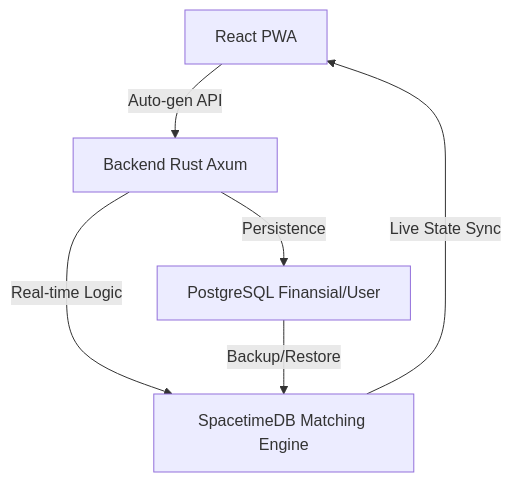
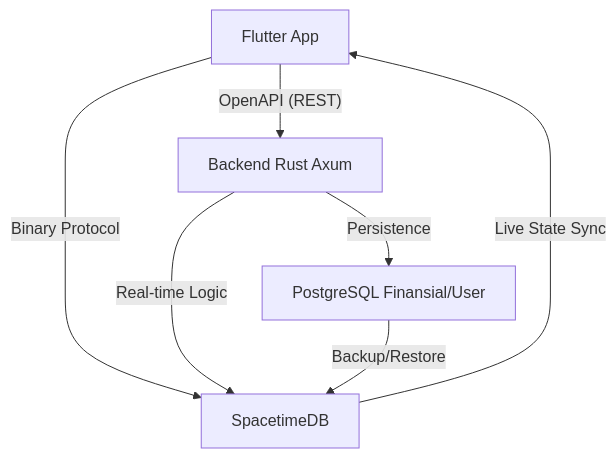
The diagram in readme.md (siapaja-id/SiapAja), drawn with Mermaid before and after one commit. The commit also changed other lines of this file and 3 other files, not shown here.

First line of the commit message:
docs: migrate from React to Flutter

````diff
--- a/readme.md
+++ b/readme.md
@@ -105,8 +105,9 @@
 ```mermaid
 graph TD
-    User[React PWA] -- Auto-gen API --> Axum[Backend Rust Axum]
+    User[Flutter App] -- OpenAPI (REST) --> Axum[Backend Rust Axum]
+    User -- Binary Protocol --> STDB[SpacetimeDB]
     Axum -- Persistence --> Postgres[PostgreSQL Finansial/User]
-    Axum -- Real-time Logic --> STDB[SpacetimeDB Matching Engine]
+    Axum -- Real-time Logic --> STDB
     STDB -- Live State Sync --> User
     Postgres -- Backup/Restore --> STDB
 ```
````
